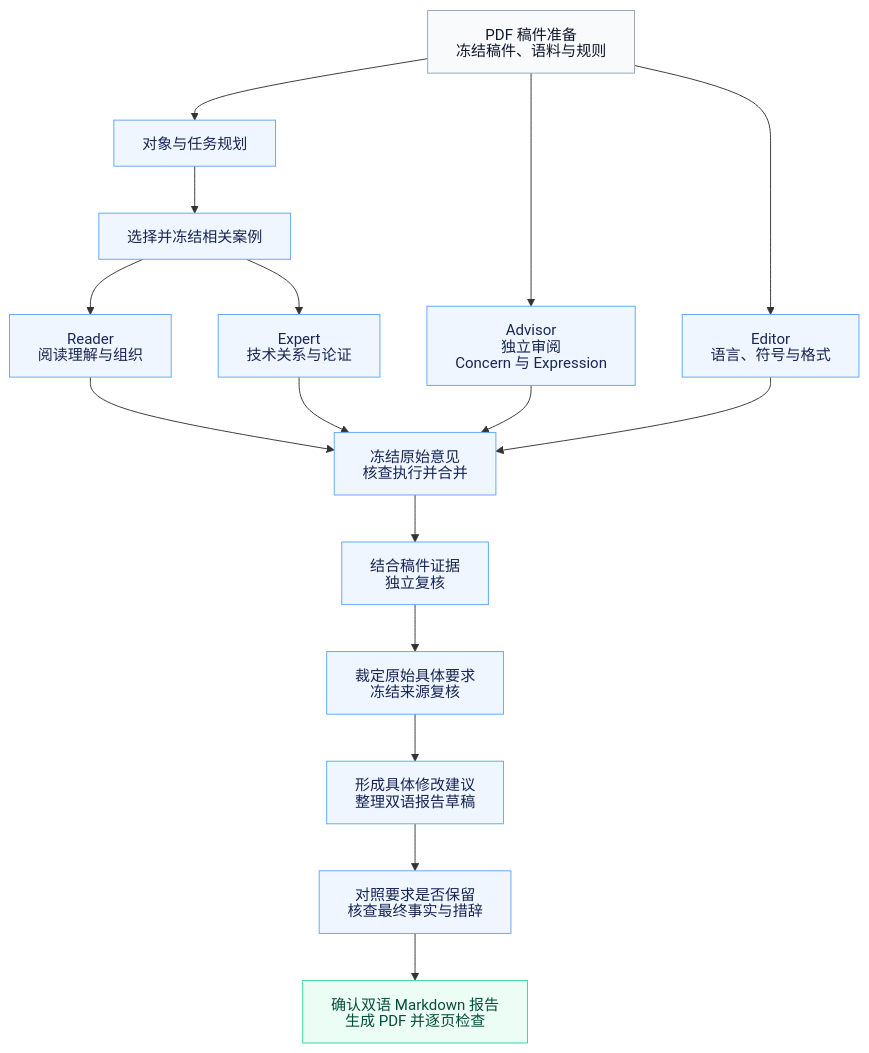
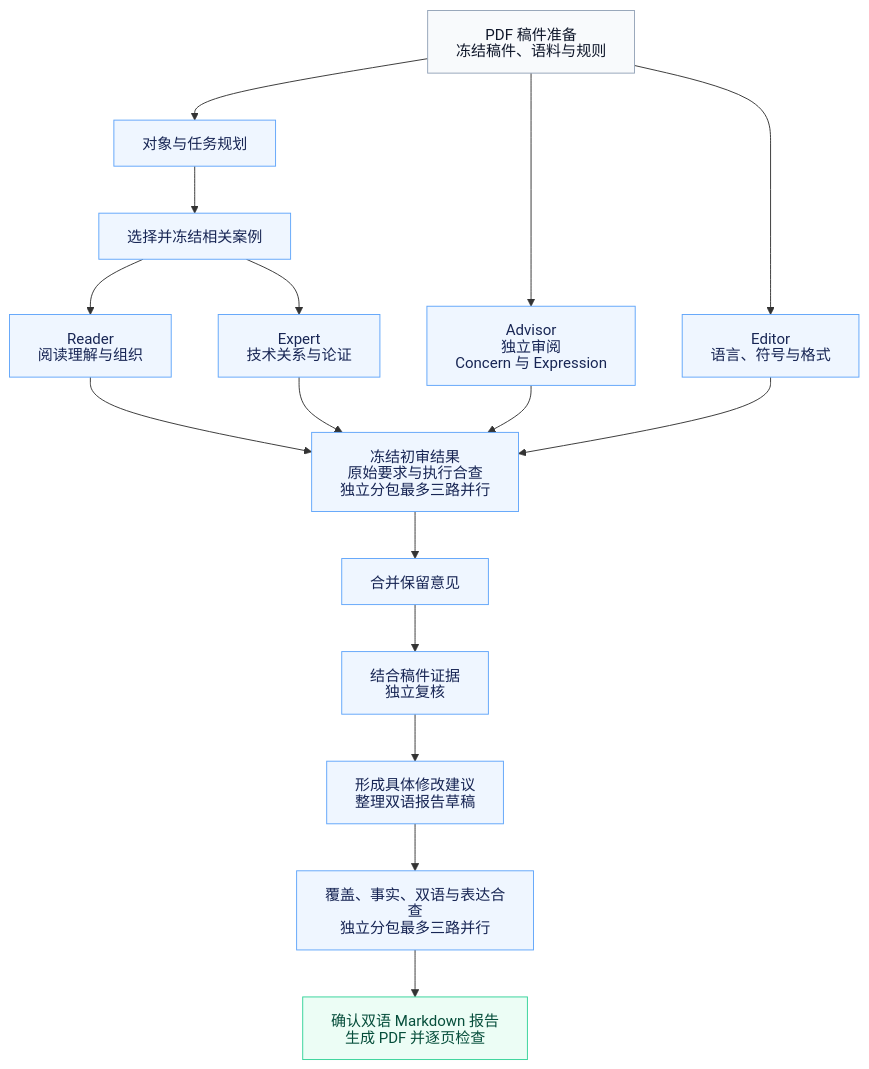
The diagram in README.zh-CN.md (stevenyyzhang/MentorTrace), drawn with Mermaid before and after one commit. The commit also changed other lines of this file and 82 other files, not shown here.

````diff
--- a/README.zh-CN.md
+++ b/README.zh-CN.md
@@ -55,40 +66,40 @@
 ```mermaid
 ---
 config:
   htmlLabels: false
   flowchart:
     htmlLabels: false
 ---
 flowchart TB
     F["PDF 稿件准备<br/>冻结稿件、语料与规则"]
     O["对象与任务规划"]
     C["选择并冻结相关案例"]
     R["Reader<br/>阅读理解与组织"]
     T["Expert<br/>技术关系与论证"]
     A["Advisor<br/>独立审阅<br/>Concern 与 Expression"]
     L["Editor<br/>语言、符号与格式"]
-    M["冻结原始意见<br/>核查执行并合并"]
+    M["合并保留意见"]
     V["结合稿件证据<br/>独立复核"]
-    Q["裁定原始具体要求<br/>冻结来源复核"]
+    Q["冻结初审结果<br/>原始要求与执行合查<br/>独立分包最多三路并行"]
     D["形成具体修改建议<br/>整理双语报告草稿"]
-    B["对照要求是否保留<br/>核查最终事实与措辞"]
+    B["覆盖、事实、双语与表达合查<br/>独立分包最多三路并行"]
     OUT["确认双语 Markdown 报告<br/>生成 PDF 并逐页检查"]
 
     F --> O --> C
     C --> R
     C --> T
     F ----> A
     F ----> L
-    R --> M
-    T --> M
-    A --> M
-    L --> M
-    M --> V --> Q --> D --> B --> OUT
+    R --> Q
+    T --> Q
+    A --> Q
+    L --> Q
+    Q --> M --> V --> D --> B --> OUT
 
     classDef input fill:#f8fafc,stroke:#94a3b8,color:#0f172a;
     classDef review fill:#eff6ff,stroke:#60a5fa,color:#172554;
     classDef output fill:#ecfdf5,stroke:#34d399,color:#064e3b;
     class F input;
     class O,C,R,T,A,L,M,V,Q,D,B review;
     class OUT output;
 ```
````
